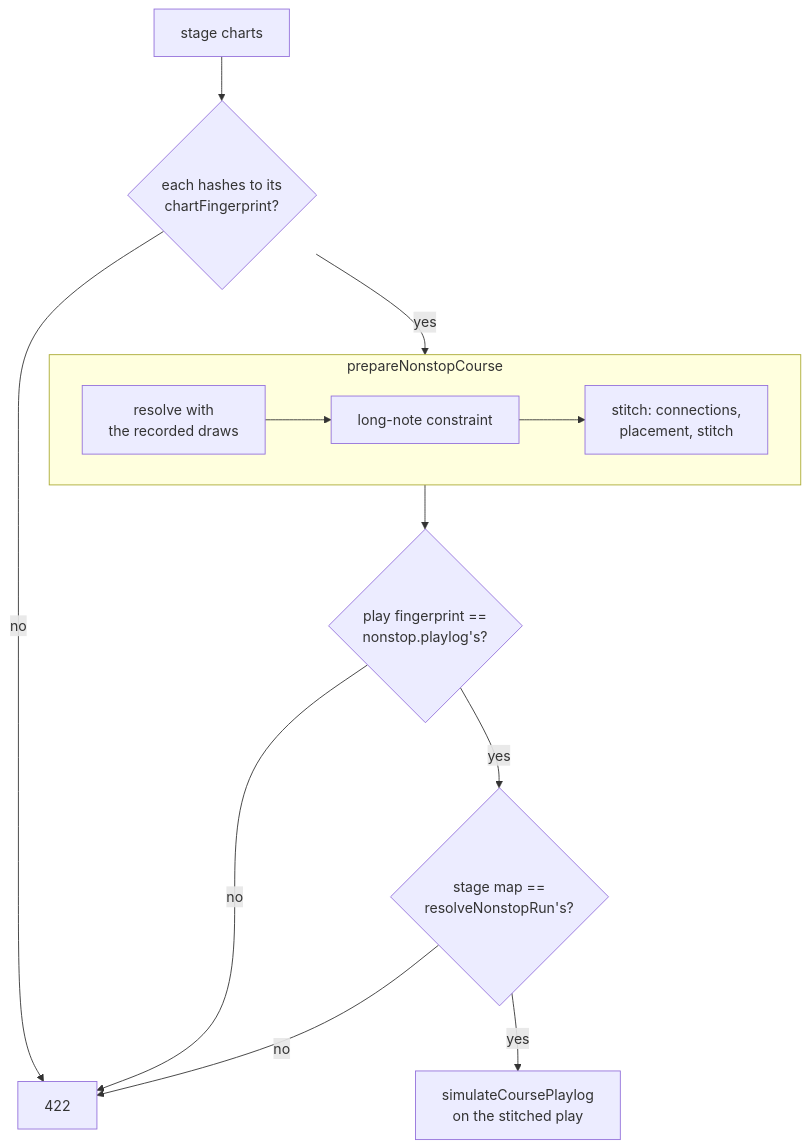
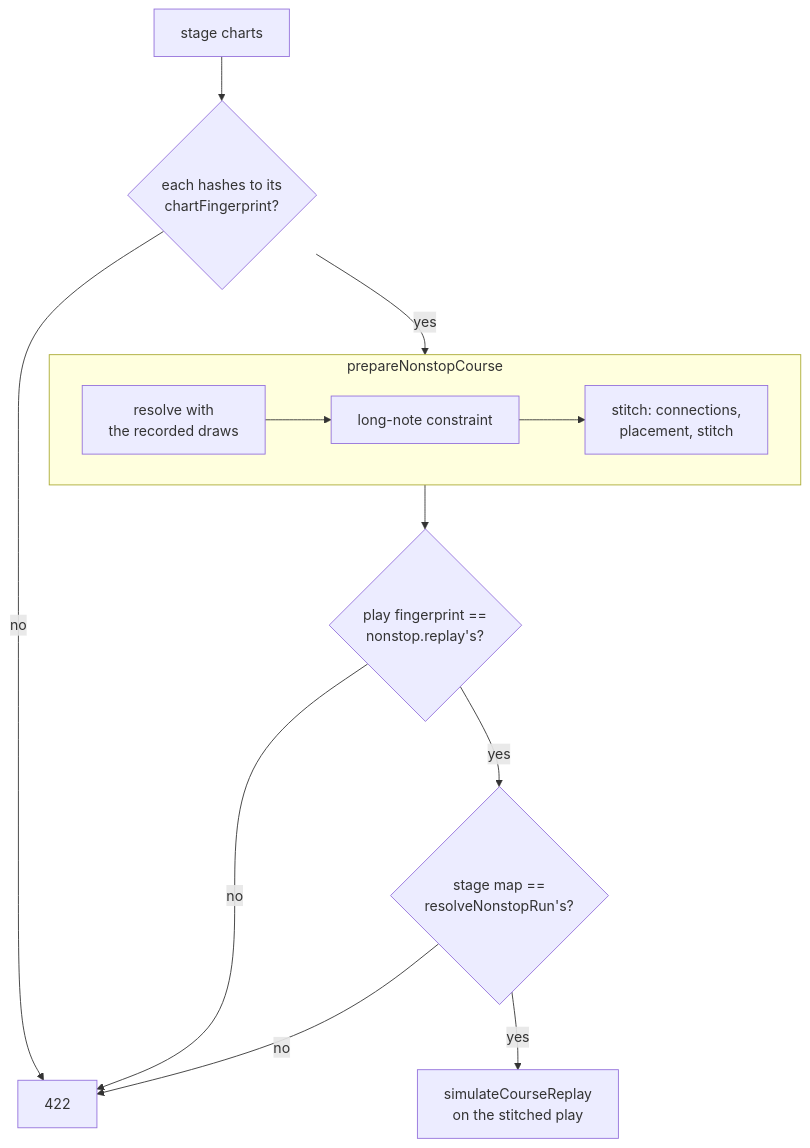
One commit to nulltask/be-music changed the fourth of 4 diagrams in docs/leaderboard.md. Above: the diagram before and after it, drawn with Mermaid. The commit also changed other lines of this file and 603 other files, not shown here.

Commit message:
refactor: align chart, replay, and judgment terminology

````diff
--- a/docs/leaderboard.md
+++ b/docs/leaderboard.md
@@ -342,15 +342,15 @@
 ```mermaid
 flowchart TD
   charts["stage charts"] --> fp{"each hashes to its<br/>chartFingerprint?"}
   fp -->|yes| prepare
   subgraph prepare["prepareNonstopCourse"]
     resolve["resolve with<br/>the recorded draws"] --> ln["long-note constraint"]
     ln --> stitch["stitch: connections,<br/>placement, stitch"]
   end
-  prepare --> same{"play fingerprint ==<br/>nonstop.playlog's?"}
+  prepare --> same{"play fingerprint ==<br/>nonstop.replay's?"}
   same -->|yes| map{"stage map ==<br/>resolveNonstopRun's?"}
-  map -->|yes| sim["simulateCoursePlaylog<br/>on the stitched play"]
+  map -->|yes| sim["simulateCourseReplay<br/>on the stitched play"]
   fp -->|no| refuse["422"]
   same -->|no| refuse
   map -->|no| refuse
 ```
````
